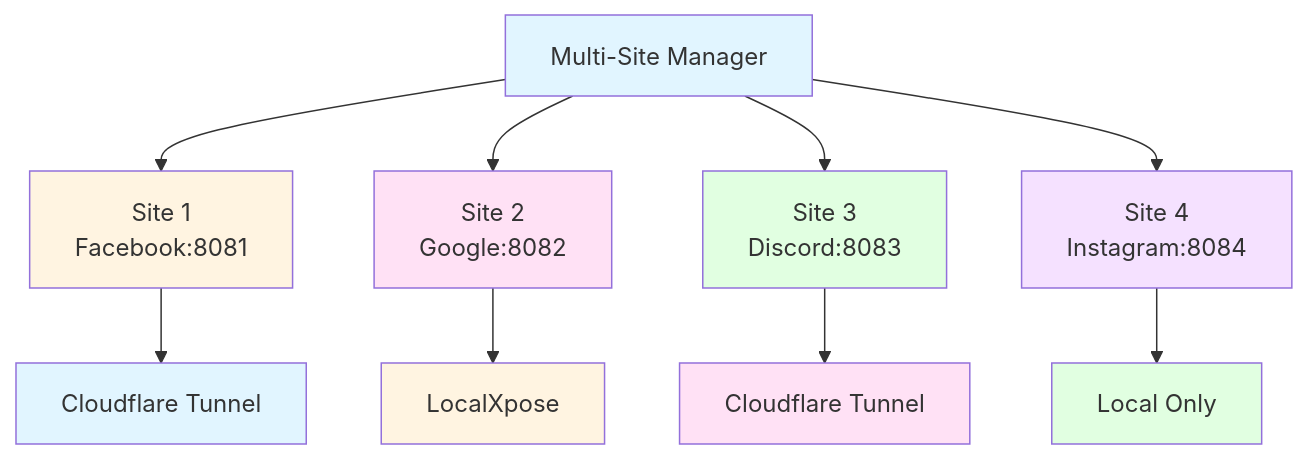
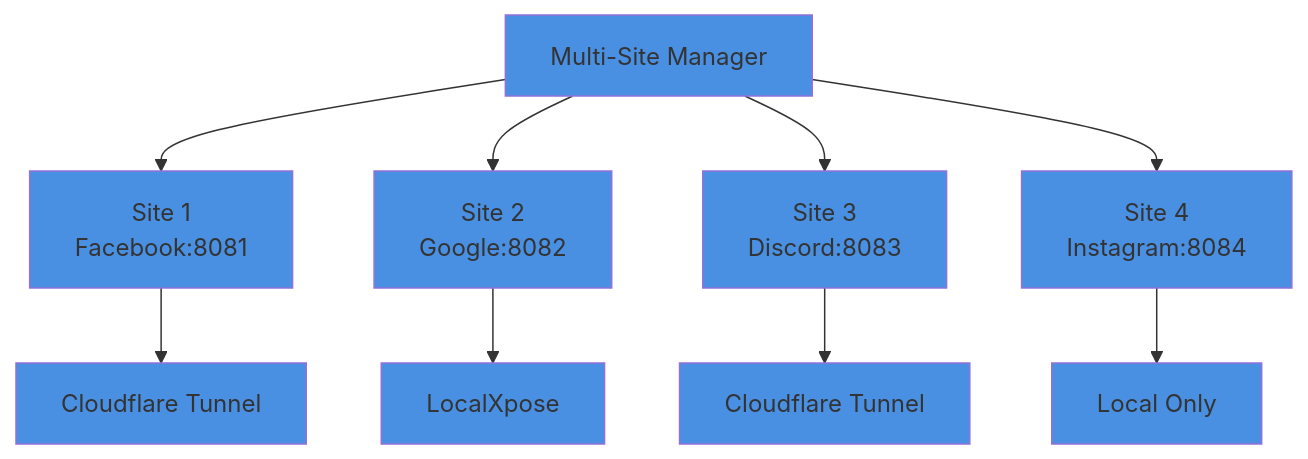
Before and after one commit to syed-sameer-ul-hassan/FishME: the sixth of 9 diagrams in README.md, drawn with Mermaid. The commit also changed other lines of this file, not shown here.

````diff
--- a/README.md
+++ b/README.md
@@ -255,22 +255,22 @@
 ```mermaid
 graph TB
     A[Multi-Site Manager] --> B[Site 1<br/>Facebook:8081]
     A --> C[Site 2<br/>Google:8082]
     A --> D[Site 3<br/>Discord:8083]
     A --> E[Site 4<br/>Instagram:8084]
     
     B --> B1[Cloudflare Tunnel]
     C --> C2[LocalXpose]
     D --> D3[Cloudflare Tunnel]
     E --> E4[Local Only]
     
-    style A fill:#e1f5ff
-    style B fill:#fff4e1
-    style C fill:#ffe1f5
-    style D fill:#e1ffe1
-    style E fill:#f5e1ff
-    style B1 fill:#e1f5ff
-    style C2 fill:#fff4e1
-    style D3 fill:#ffe1f5
-    style E4 fill:#e1ffe1
+    style A fill:#4a90e2
+    style B fill:#4a90e2
+    style C fill:#4a90e2
+    style D fill:#4a90e2
+    style E fill:#4a90e2
+    style B1 fill:#4a90e2
+    style C2 fill:#4a90e2
+    style D3 fill:#4a90e2
+    style E4 fill:#4a90e2
 ```
````
